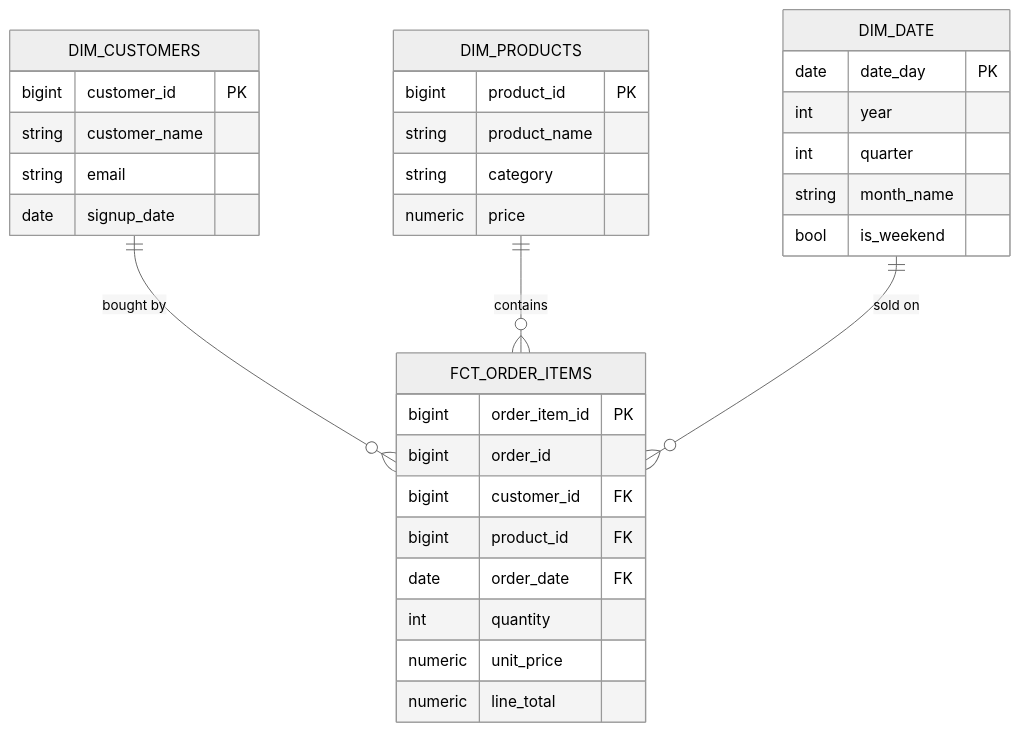
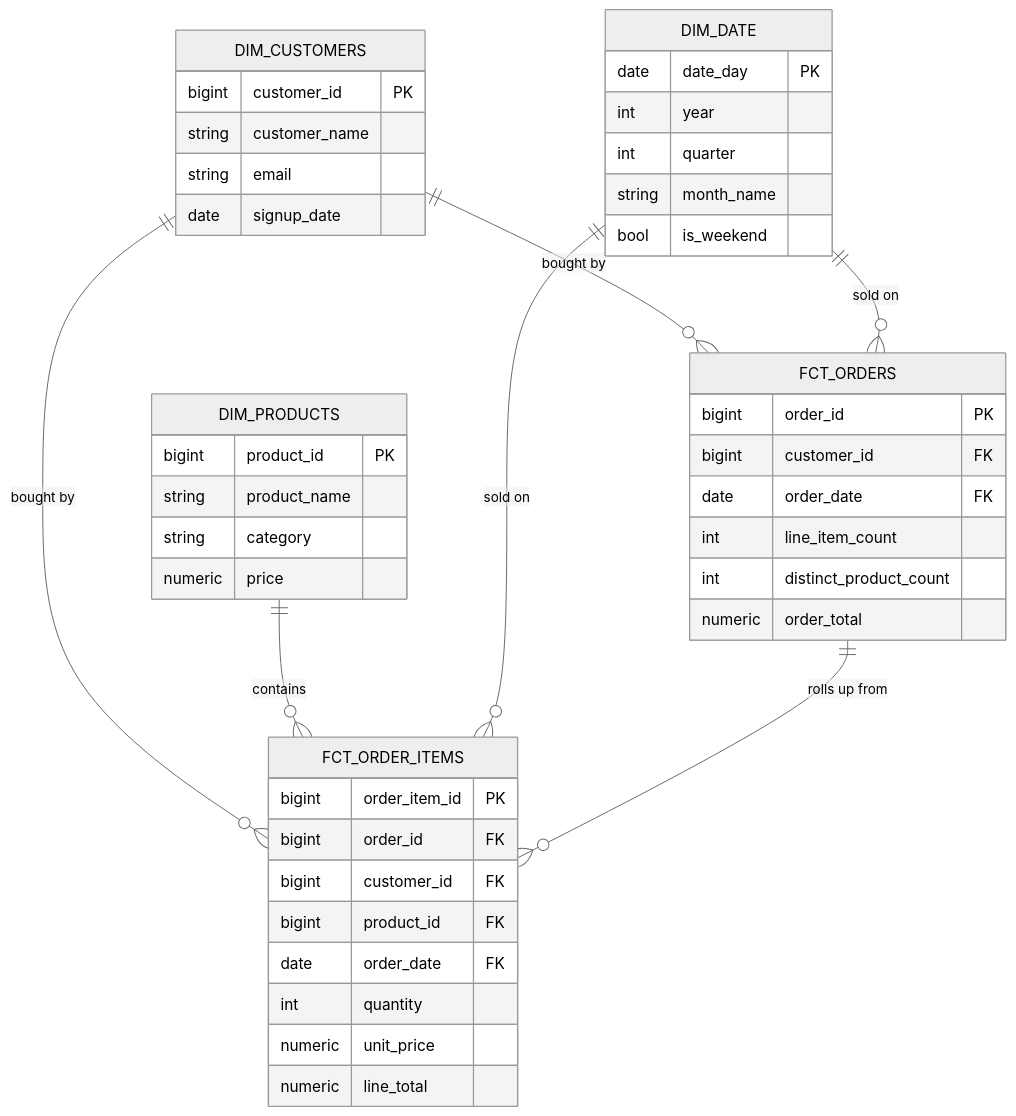
One commit to LMU-ISBA/isba-4715-f26 changed the fifth of 5 diagrams in lessons/07-cloud-pipeline/mp02-tutorial.md. Above: the diagram before and after it, drawn with Mermaid (neutral theme). The commit also changed other lines of this file and 2 other files, not shown here.

````diff
--- a/lessons/07-cloud-pipeline/mp02-tutorial.md
+++ b/lessons/07-cloud-pipeline/mp02-tutorial.md
@@ -1360,36 +1377,47 @@
 ```mermaid
 erDiagram
     DIM_CUSTOMERS ||--o{ FCT_ORDER_ITEMS : "bought by"
     DIM_PRODUCTS  ||--o{ FCT_ORDER_ITEMS : "contains"
     DIM_DATE      ||--o{ FCT_ORDER_ITEMS : "sold on"
+    DIM_CUSTOMERS ||--o{ FCT_ORDERS      : "bought by"
+    DIM_DATE      ||--o{ FCT_ORDERS      : "sold on"
+    FCT_ORDERS    ||--o{ FCT_ORDER_ITEMS : "rolls up from"
 
     FCT_ORDER_ITEMS {
         bigint   order_item_id PK
-        bigint   order_id
+        bigint   order_id      FK
         bigint   customer_id   FK
         bigint   product_id    FK
         date     order_date    FK
         int      quantity
         numeric  unit_price
         numeric  line_total
+    }
+    FCT_ORDERS {
+        bigint   order_id               PK
+        bigint   customer_id            FK
+        date     order_date             FK
+        int      line_item_count
+        int      distinct_product_count
+        numeric  order_total
     }
     DIM_CUSTOMERS {
         bigint  customer_id PK
         string  customer_name
         string  email
         date    signup_date
     }
     DIM_PRODUCTS {
         bigint  product_id PK
         string  product_name
         string  category
         numeric price
     }
     DIM_DATE {
         date   date_day PK
         int    year
         int    quarter
         string month_name
         bool   is_weekend
     }
 ```
````
